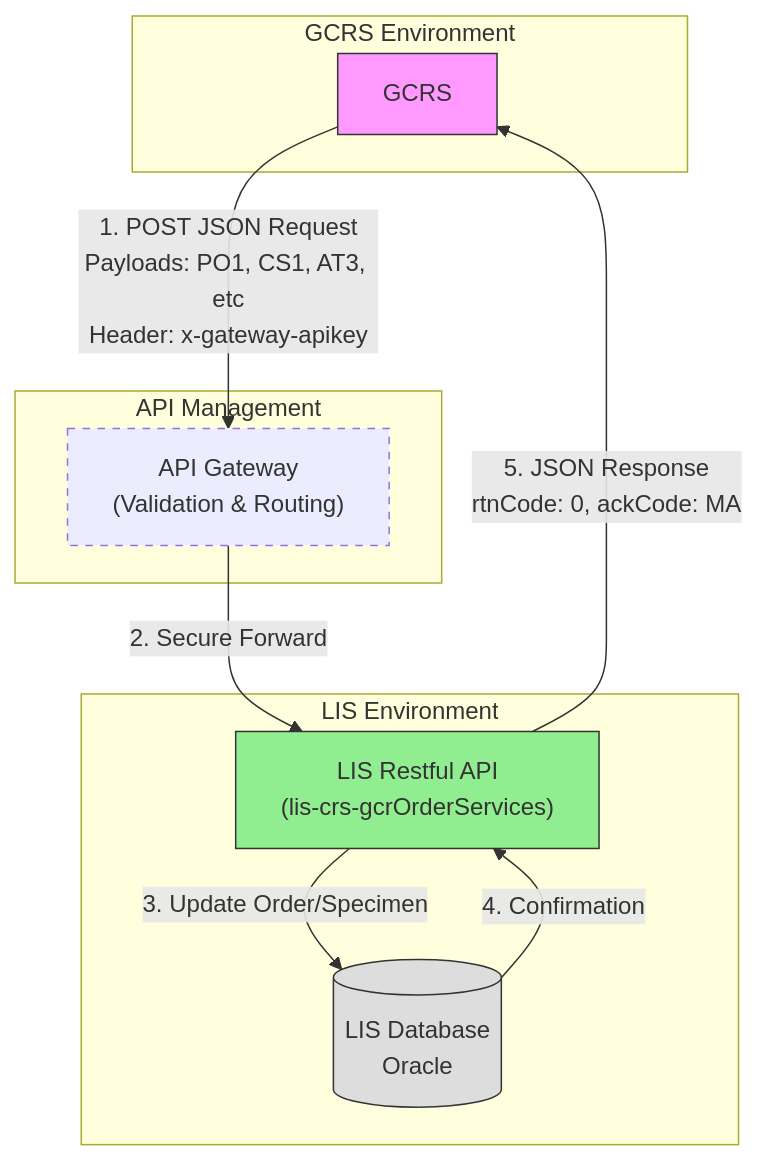
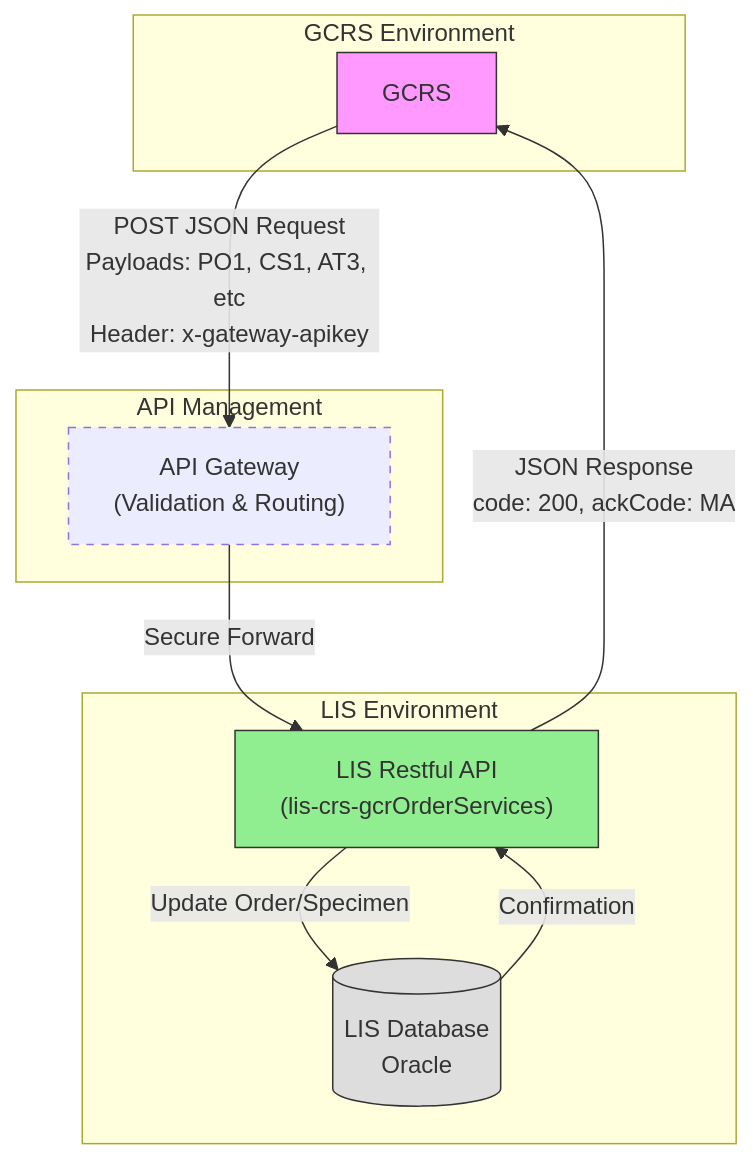
One commit to DragonChong/HA-Notes changed the diagram in CRS/Order Gateway/Technical Diagram.md. Above: the diagram before and after it, drawn with Mermaid. The commit also changed other lines of this file, not shown here.

Commit message:
vault backup: 2026-03-05 10:24:16

````diff
--- a/CRS/Order Gateway/Technical Diagram.md
+++ b/CRS/Order Gateway/Technical Diagram.md
@@ -2,29 +2,29 @@
 ```mermaid
 flowchart TD
     %% Node Definitions
     subgraph GCRS_Env [GCRS Environment]
         GCRS["GCRS"]
     end
 
     subgraph API_Mgmt [API Management]
         Gateway["API Gateway<br/>(Validation & Routing)"]
     end
 
     subgraph LIS_Env [LIS Environment]
         API["LIS Restful API<br/>(lis-crs-gcrOrderServices)"]
         DB[(LIS Database<br/>Oracle)]
     end
 
     %% Connections
-    GCRS -->|1. POST JSON Request<br/>Payloads: PO1, CS1, AT3, etc<br/>Header: x-gateway-apikey| Gateway
-    Gateway -->|2. Secure Forward| API
-    API -->|3. Update Order/Specimen| DB
-    DB -->|4. Confirmation| API
-    API -->|5. JSON Response<br/>rtnCode: 0, ackCode: MA| GCRS
+    GCRS -->|POST JSON Request<br/>Payloads: PO1, CS1, AT3, etc<br/>Header: x-gateway-apikey| Gateway
+    Gateway -->|Secure Forward| API
+    API -->|Update Order/Specimen| DB
+    DB -->|Confirmation| API
+    API -->|JSON Response<br/>code: 200, ackCode: MA| GCRS
 
     %% Styling
     style GCRS fill:#FF99FF,stroke:#333,stroke-width:1px
     style API fill:#90EE90,stroke:#333,stroke-width:1px
     style Gateway stroke-dasharray: 5 5
     style DB fill:#DDD,stroke:#333
 ```
````
